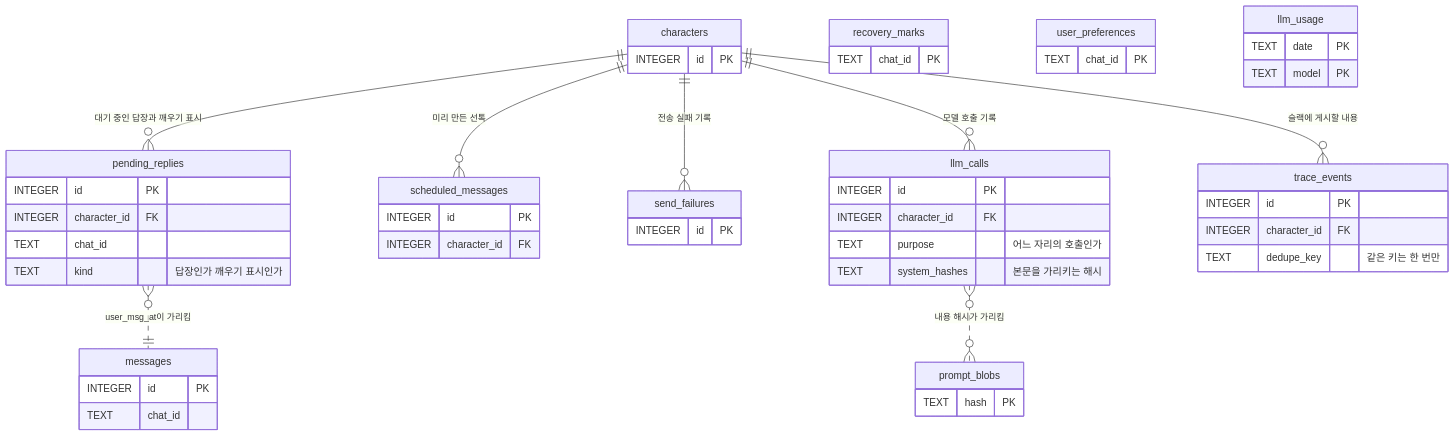
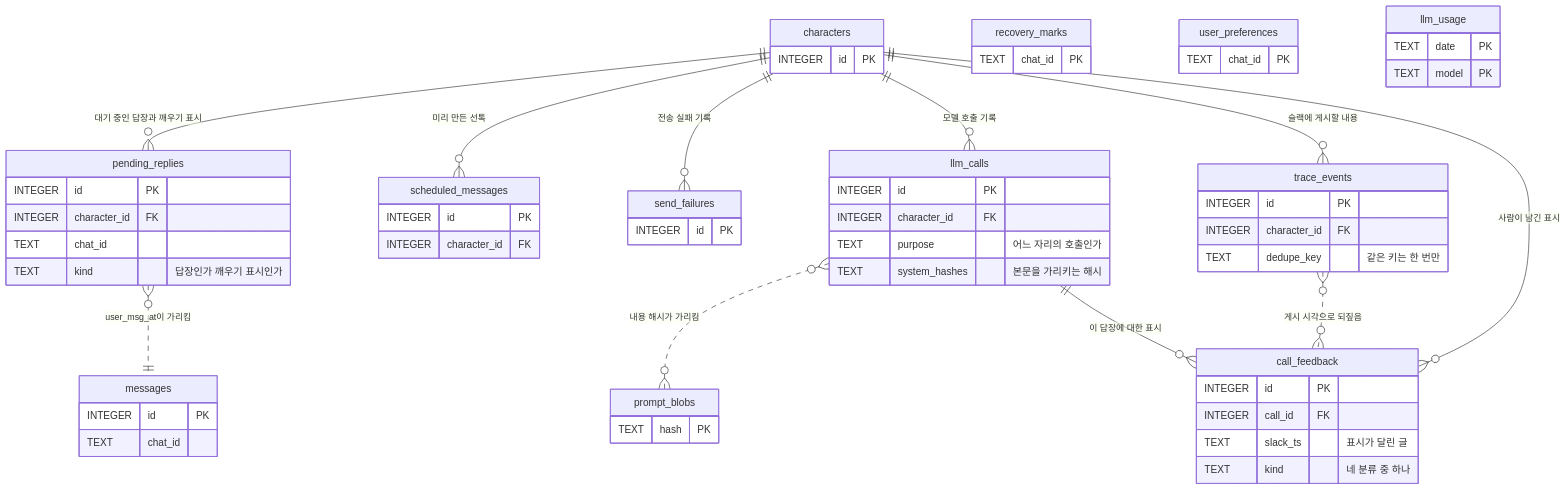
The third of 3 diagrams in erd.md (hyewon3938/random-ai-companion), drawn with Mermaid before and after one commit. The commit also changed other lines of this file and 8 other files, not shown here.

````diff
--- a/erd.md
+++ b/erd.md
@@ -335,55 +335,64 @@
 ```mermaid
 erDiagram
     characters ||--o{ pending_replies : "대기 중인 답장과 깨우기 표시"
     characters ||--o{ scheduled_messages : "미리 만든 선톡"
     characters ||--o{ send_failures : "전송 실패 기록"
     characters ||--o{ llm_calls : "모델 호출 기록"
     characters ||--o{ trace_events : "슬랙에 게시할 내용"
+    characters ||--o{ call_feedback : "사람이 남긴 표시"
     pending_replies }o..|| messages : "user_msg_at이 가리킴"
     llm_calls }o..o{ prompt_blobs : "내용 해시가 가리킴"
+    llm_calls ||--o{ call_feedback : "이 답장에 대한 표시"
+    trace_events }o..o{ call_feedback : "게시 시각으로 되짚음"
 
     characters {
         INTEGER id PK
     }
     messages {
         INTEGER id PK
         TEXT chat_id
     }
     pending_replies {
         INTEGER id PK
         INTEGER character_id FK
         TEXT chat_id
         TEXT kind "답장인가 깨우기 표시인가"
     }
     scheduled_messages {
         INTEGER id PK
         INTEGER character_id FK
     }
     recovery_marks {
         TEXT chat_id PK
     }
     send_failures {
         INTEGER id PK
     }
     user_preferences {
         TEXT chat_id PK
     }
     llm_usage {
         TEXT date PK
         TEXT model PK
     }
     llm_calls {
         INTEGER id PK
         INTEGER character_id FK
         TEXT purpose "어느 자리의 호출인가"
         TEXT system_hashes "본문을 가리키는 해시"
     }
     prompt_blobs {
         TEXT hash PK
     }
     trace_events {
         INTEGER id PK
         INTEGER character_id FK
         TEXT dedupe_key "같은 키는 한 번만"
     }
+    call_feedback {
+        INTEGER id PK
+        INTEGER call_id FK
+        TEXT slack_ts "표시가 달린 글"
+        TEXT kind "네 분류 중 하나"
+    }
 ```
````
